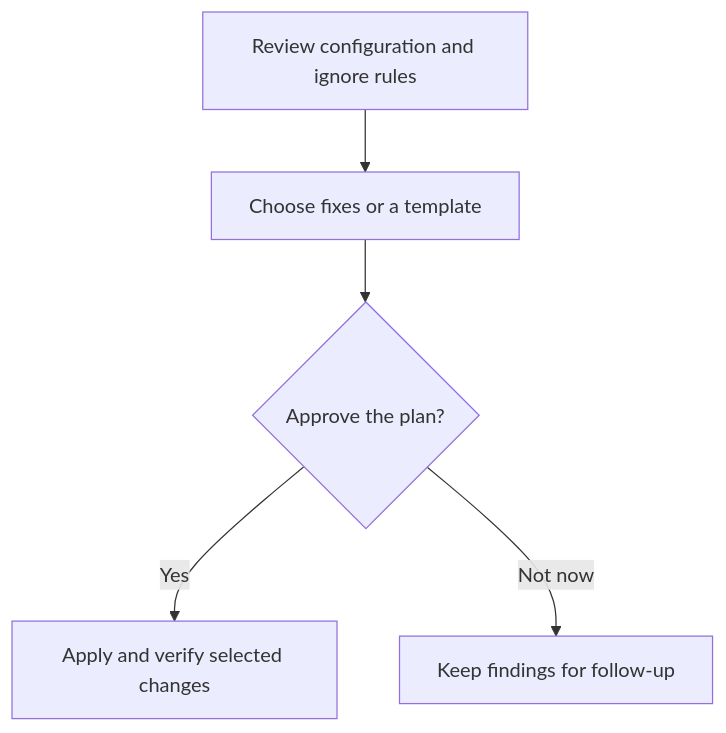
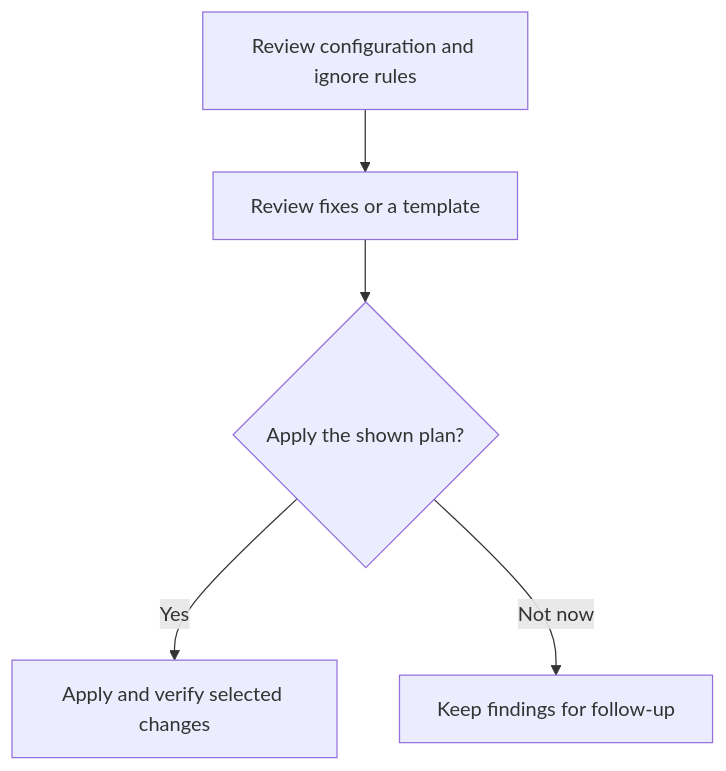
Before and after one commit to myowinthein/agent-helm: the diagram in docs/commands/env.md, drawn with Mermaid. The commit also changed other lines of this file and 37 other files, not shown here.

````diff
--- a/docs/commands/env.md
+++ b/docs/commands/env.md
@@ -17,7 +17,7 @@
 ```mermaid
 flowchart TD
-  Audit["Review configuration and ignore rules"] --> Select["Choose fixes or a template"]
-  Select --> Approve{"Approve the plan?"}
+  Audit["Review configuration and ignore rules"] --> Plan["Review fixes or a template"]
+  Plan --> Approve{"Apply the shown plan?"}
   Approve -->|Yes| Apply["Apply and verify selected changes"]
   Approve -->|Not now| Report["Keep findings for follow-up"]
 ```
````
